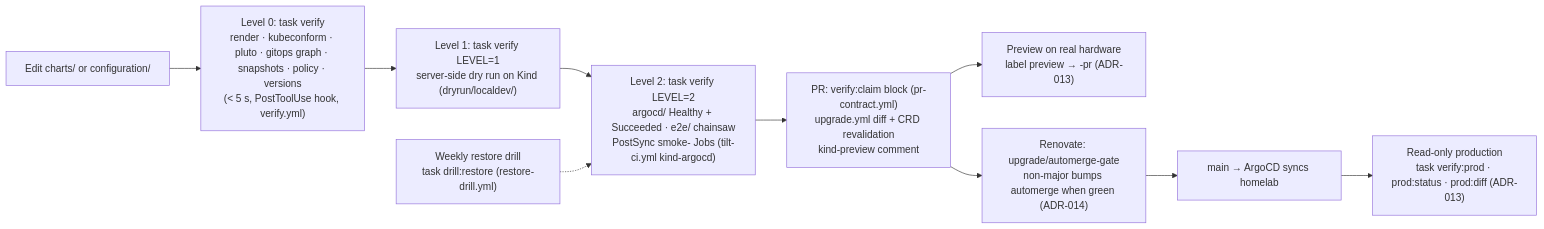
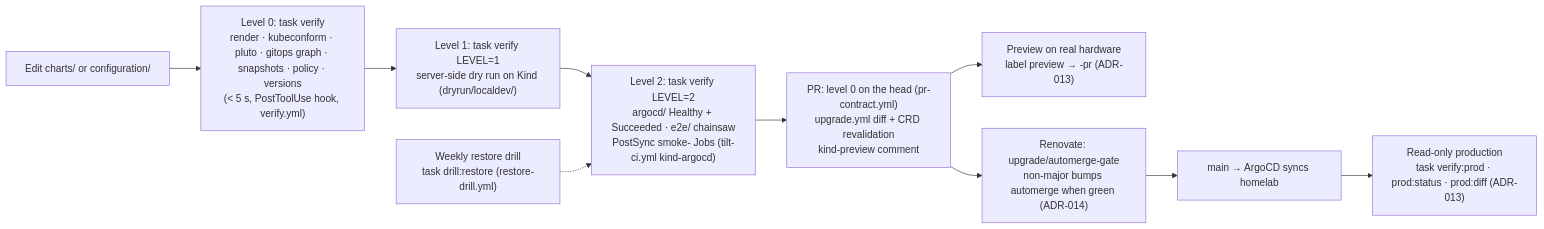
The fifth of 5 diagrams in docs/architecture.md (ryanmcafee/homelab), drawn with Mermaid before and after one commit. The commit also changed other lines of this file and 19 other files, not shown here.

First line of the commit message:
chore(ci): drop the level-0 claim block from PR descriptions

````diff
--- a/docs/architecture.md
+++ b/docs/architecture.md
@@ -285,12 +285,12 @@
 ```mermaid
 flowchart LR
   edit[Edit charts/ or configuration/] --> l0["Level 0: task verify\nrender · kubeconform · pluto · gitops graph · snapshots · policy · versions\n(< 5 s, PostToolUse hook, verify.yml)"]
   l0 --> l1["Level 1: task verify LEVEL=1\nserver-side dry run on Kind (dryrun/localdev/<chart>)"]
   l1 --> l2["Level 2: task verify LEVEL=2\nargocd/<app> Healthy + Succeeded · e2e/<suite> chainsaw\nPostSync smoke-<app> Jobs (tilt-ci.yml kind-argocd)"]
-  l2 --> pr["PR: verify:claim block (pr-contract.yml)\nupgrade.yml diff + CRD revalidation\nkind-preview comment"]
+  l2 --> pr["PR: level 0 on the head (pr-contract.yml)\nupgrade.yml diff + CRD revalidation\nkind-preview comment"]
   pr --> prev["Preview on real hardware\nlabel preview → <app>-pr<N> (ADR-013)"]
   pr --> gate["Renovate: upgrade/automerge-gate\nnon-major bumps automerge when green (ADR-014)"]
   gate --> main[main → ArgoCD syncs homelab]
   main --> ro["Read-only production\ntask verify:prod · prod:status · prod:diff (ADR-013)"]
   drill["Weekly restore drill\ntask drill:restore (restore-drill.yml)"] -.-> l2
 ```
````
